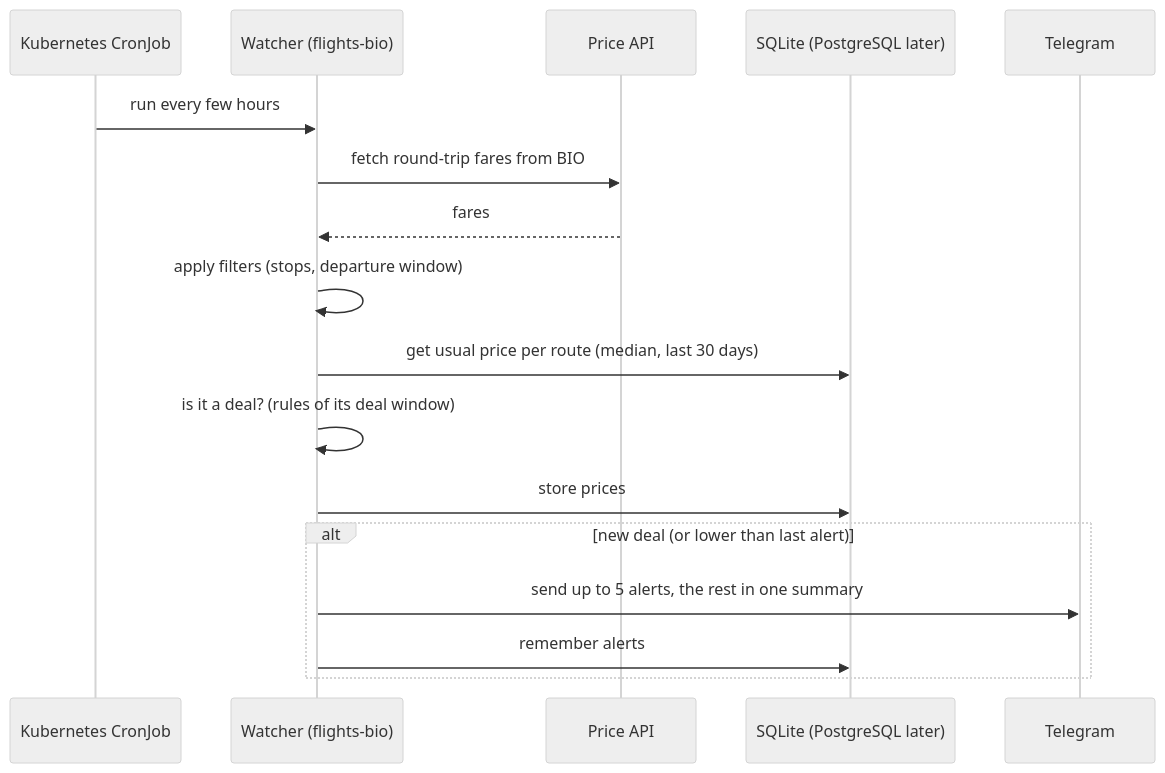
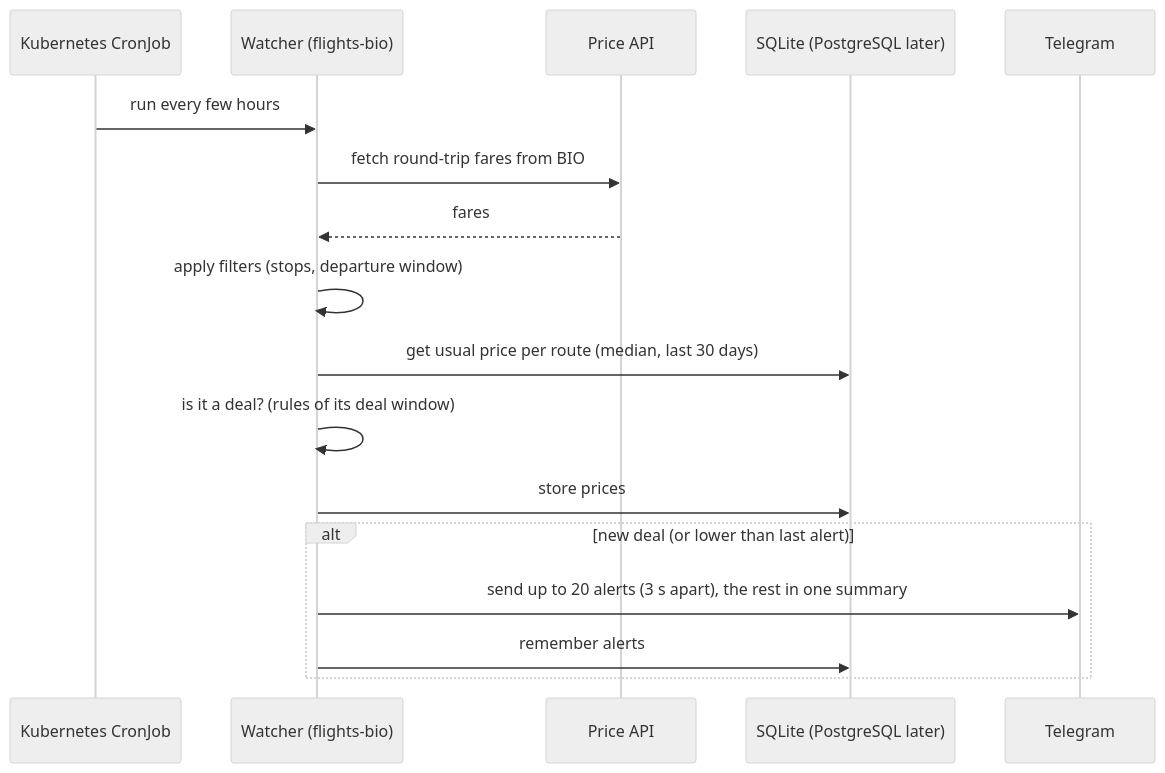
One commit to borjaviadero/bilbao-flight-deals changed the first of 2 diagrams in docs/architecture.md. Above: the diagram before and after it, drawn with Mermaid (neutral theme). The commit also changed other lines of this file and 8 other files, not shown here.

First line of the commit message:
feat(flights): up to 20 alerts per run, spaced sends, clearer summary

````diff
--- a/docs/architecture.md
+++ b/docs/architecture.md
@@ -16,20 +16,20 @@
 ```mermaid
 sequenceDiagram
     participant K as Kubernetes CronJob
     participant W as Watcher (flights-bio)
     participant API as Price API
     participant DB as SQLite (PostgreSQL later)
     participant TG as Telegram
 
     K->>W: run every few hours
     W->>API: fetch round-trip fares from BIO
     API-->>W: fares
     W->>W: apply filters (stops, departure window)
     W->>DB: get usual price per route (median, last 30 days)
     W->>W: is it a deal? (rules of its deal window)
     W->>DB: store prices
     alt new deal (or lower than last alert)
-        W->>TG: send up to 5 alerts, the rest in one summary
+        W->>TG: send up to 20 alerts (3 s apart), the rest in one summary
         W->>DB: remember alerts
     end
 ```
````
